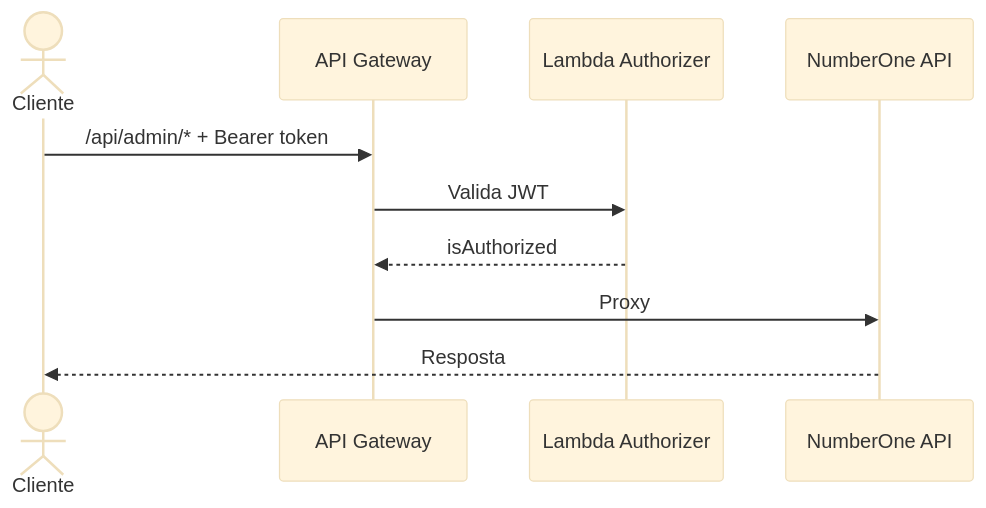
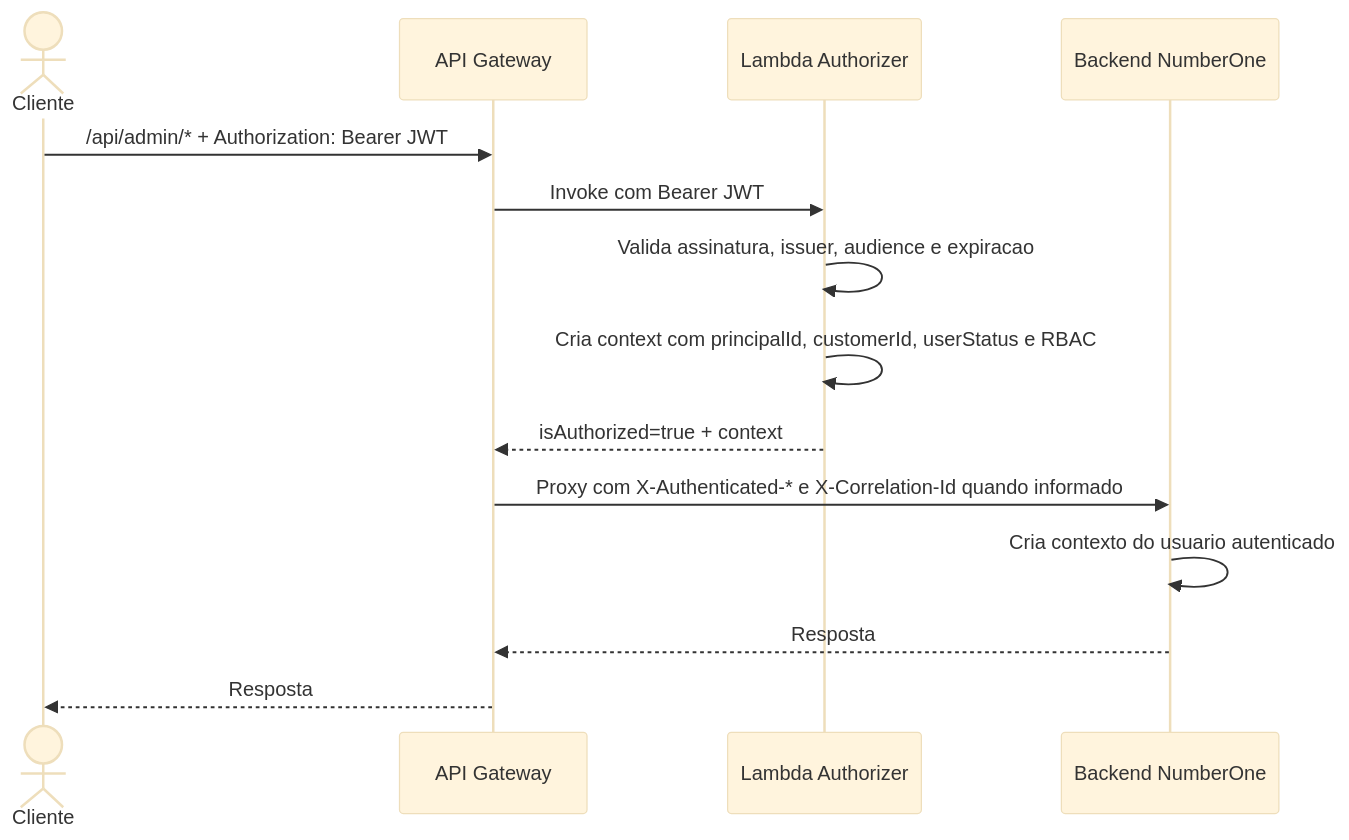
One commit to PosTech15SOAT/numberone-app-auth changed the second of 2 diagrams in docs/diagrams/auth-flow.md. Above: the diagram before and after it, drawn with Mermaid (base theme). The commit also changed other lines of this file and 6 other files, not shown here.

````diff
--- a/docs/diagrams/auth-flow.md
+++ b/docs/diagrams/auth-flow.md
@@ -24,13 +29,17 @@
 ```mermaid
 sequenceDiagram
     actor Cliente
     participant APIGW as API Gateway
     participant Authz as Lambda Authorizer
-    participant API as NumberOne API
+    participant Backend as Backend NumberOne
 
-    Cliente->>APIGW: /api/admin/* + Bearer token
-    APIGW->>Authz: Valida JWT
-    Authz-->>APIGW: isAuthorized
-    APIGW->>API: Proxy
-    API-->>Cliente: Resposta
+    Cliente->>APIGW: /api/admin/* + Authorization: Bearer JWT
+    APIGW->>Authz: Invoke com Bearer JWT
+    Authz->>Authz: Valida assinatura, issuer, audience e expiracao
+    Authz->>Authz: Cria context com principalId, customerId, userStatus e RBAC
+    Authz-->>APIGW: isAuthorized=true + context
+    APIGW->>Backend: Proxy com X-Authenticated-* e X-Correlation-Id quando informado
+    Backend->>Backend: Cria contexto do usuario autenticado
+    Backend-->>APIGW: Resposta
+    APIGW-->>Cliente: Resposta
 ```
````
